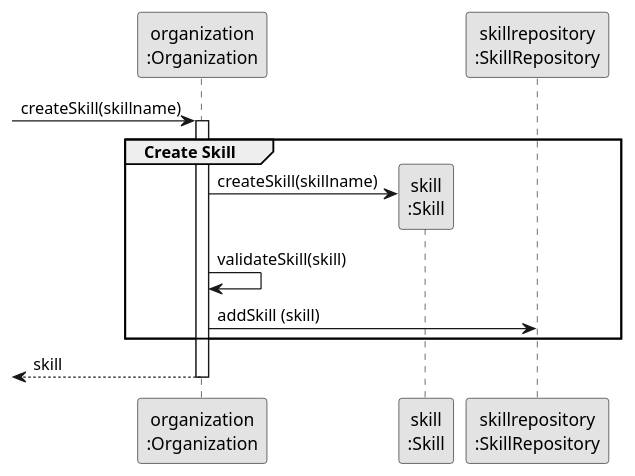
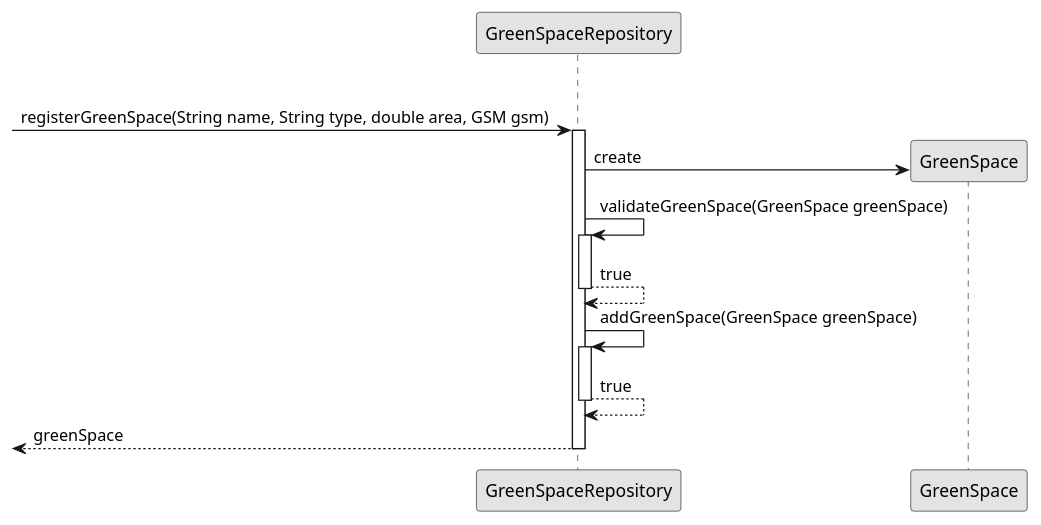
The diagram in docs/sprint3/us020/03.design/puml/us001-sequence-diagram-partial-create-skill.puml (tiagosoa/lei-24-s2-1dgh-g073), drawn with PlantUML before and after one commit. The commit also changed 18 other files, not shown here.

```diff
--- a/docs/sprint3/us020/03.design/puml/us001-sequence-diagram-partial-create-skill.puml
+++ b/docs/sprint3/us020/03.design/puml/us001-sequence-diagram-partial-create-skill.puml
@@ -1,28 +1,38 @@
 @startuml
 skinparam monochrome true
 skinparam packageStyle rectangle
 skinparam shadowing false
 
-participant "organization\n:Organization" as ORG
-participant "skill\n:Skill" as TAREFA
-participant "skillrepository\n:SkillRepository" as SR
 
--> ORG: createSkill(skillname)
+participant "GreenSpaceRepository" as GSR
+participant "GreenSpace" as HABILIDADE
 
-activate ORG
-    group Create Skill
 
-        ORG -> TAREFA**: createSkill(skillname)
-        ORG -> ORG: validateSkill(skill)
-        ORG -> SR: addSkill (skill)
+    group Register Green Space
+
+                    -> GSR: registerGreenSpace(String name, String type, double area, GSM gsm)
+                    activate GSR
+
+                        GSR -> HABILIDADE**: create
+                                GSR -> GSR: validateGreenSpace(GreenSpace greenSpace)
+                                activate GSR
+
+                                GSR --> GSR: true
+                                deactivate GSR
+
+                GSR -> GSR: addGreenSpace(GreenSpace greenSpace)
+                                activate GSR
+
+                                GSR --> GSR: true
+                                deactivate GSR
 
 
 
 
-    end
+                        <-- GSR  : greenSpace
 
-    <-- ORG : skill
-deactivate ORG
+                    deactivate GSR
+
 
 
 @enduml
```
